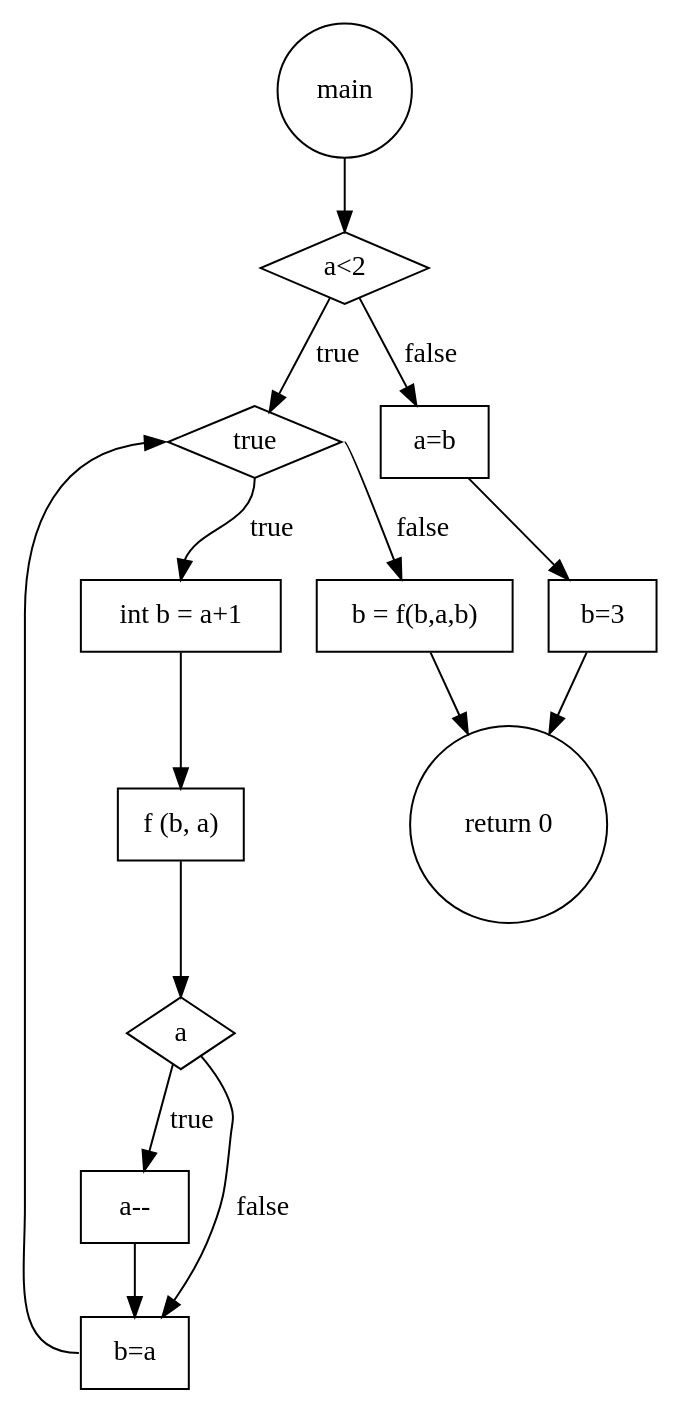
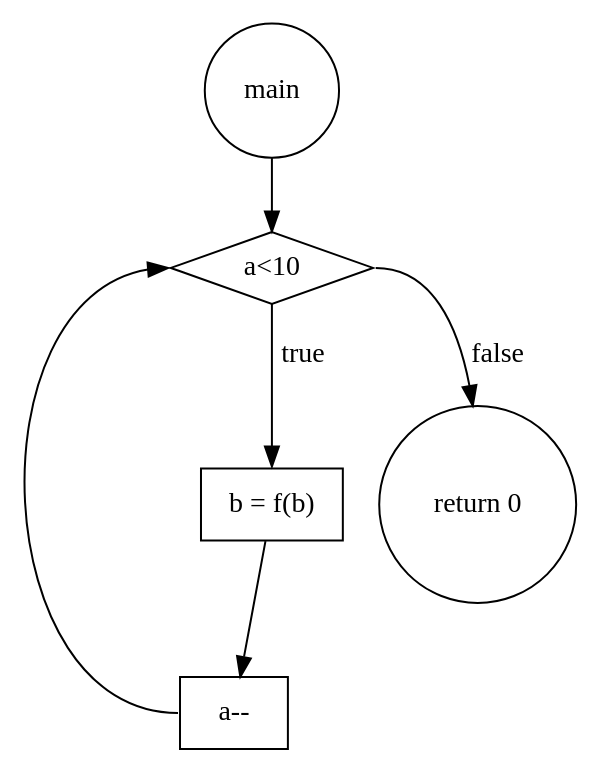
The diagram in fchart.dot (joshrobo/cs451flowchartGenerator), drawn with Graphviz before and after one commit. The commit also changed 3 other files, not shown here.

```diff
--- a/fchart.dot
+++ b/fchart.dot
@@ -1,25 +1,11 @@
 digraph {
 node [shape=circle]
 0->1
-0[label = "main"]3->4
-3[label = "int b = a+1", shape = "rectangle"]
-4->5
-4[label = "f (b, a)", shape = "rectangle"]
-6->7
-6[label = "a--", shape = "rectangle"]
-5->6[label = true]
-5[label = "a", shape = diamond]5->7[label= false]
-     7[label = "b=a", shape = "rectangle"]
-2:s->3:n[label=true]
-2[label = "true", shape=diamond]7:w->2:w
-2[label = "true"]2:e->8[label = false]
-     8[label = "b = f(b,a,b)", shape = "rectangle"]
-1->2[label="true"]
-1[label = "a<2",  shape = "diamond"]9->10
-9[label = "a=b", shape = "rectangle"]
-10->11
-10[label = "b=3", shape = "rectangle"]
-1->9[label="false"]
-8->11
-11[label = "return 0", shape = "circle"]
+0[label = "main"]2->3
+2[label = "b = f(b)", shape = "rectangle"]
+     3[label = "a--", shape = "rectangle"]
+1:s->2:n[label=true]
+1[label = "a<10", shape=diamond]3:w->1:w
+1[label = "a<10"]1:e->4[label = false]
+4[label = "return 0", shape = "circle"]
 }
```
